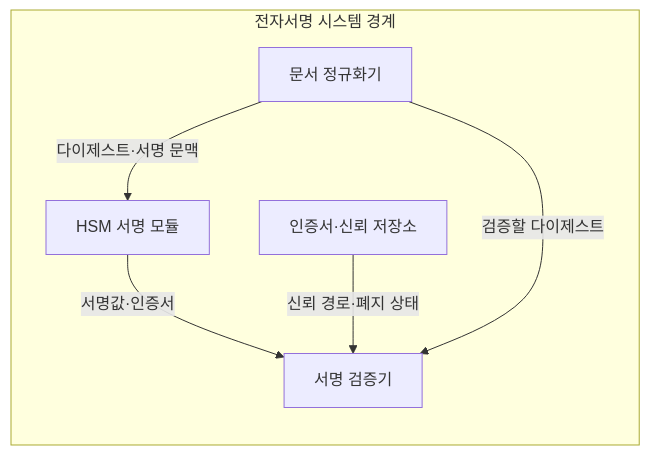
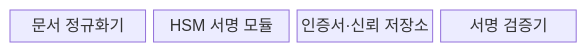
Before and after one commit to agnusdei1207/knowledge-base: the first of 2 diagrams in src/content/docs/notes/05-security/006_digital_signature.md, drawn with Mermaid. The commit also changed other lines of this file and 22 other files, not shown here.

````diff
--- a/src/content/docs/notes/05-security/006_digital_signature.md
+++ b/src/content/docs/notes/05-security/006_digital_signature.md
@@ -57,13 +59,8 @@
 ```mermaid
-flowchart LR
-    subgraph S["전자서명 시스템 경계"]
-        C["문서 정규화기"]
-        H["HSM 서명 모듈"]
-        T["인증서·신뢰 저장소"]
-        V["서명 검증기"]
-        C -->|"다이제스트·서명 문맥"| H
-        H -->|"서명값·인증서"| V
-        T -->|"신뢰 경로·폐지 상태"| V
-        C -->|"검증할 다이제스트"| V
-    end
+block-beta
+    columns 4
+    C["문서 정규화기"]
+    H["HSM 서명 모듈"]
+    T["인증서·신뢰 저장소"]
+    V["서명 검증기"]
 ```
````
